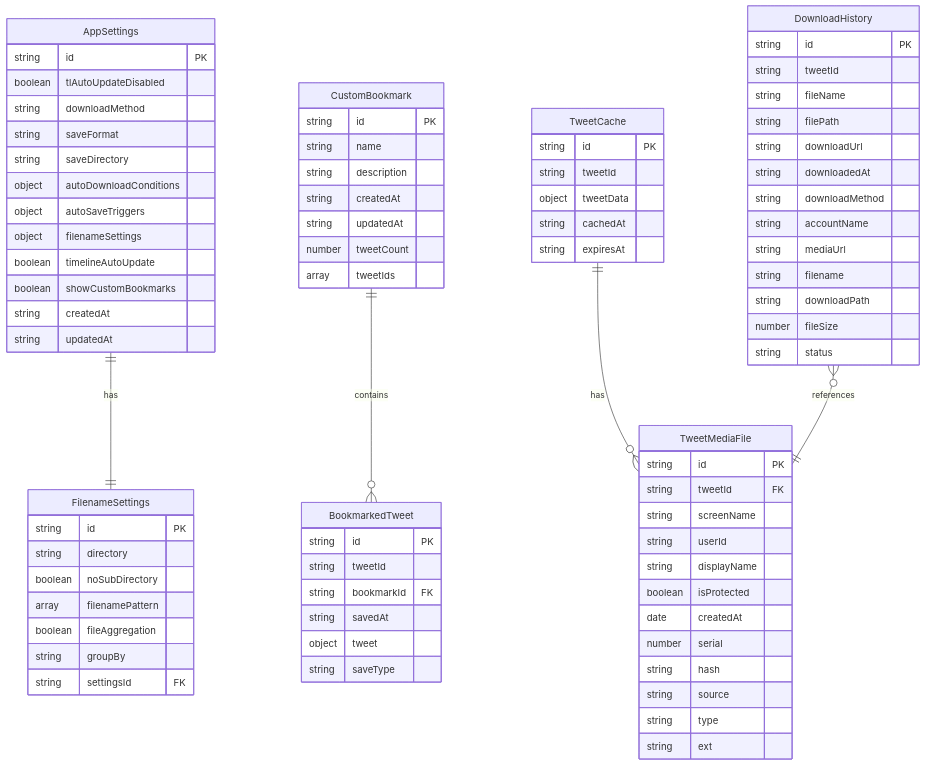
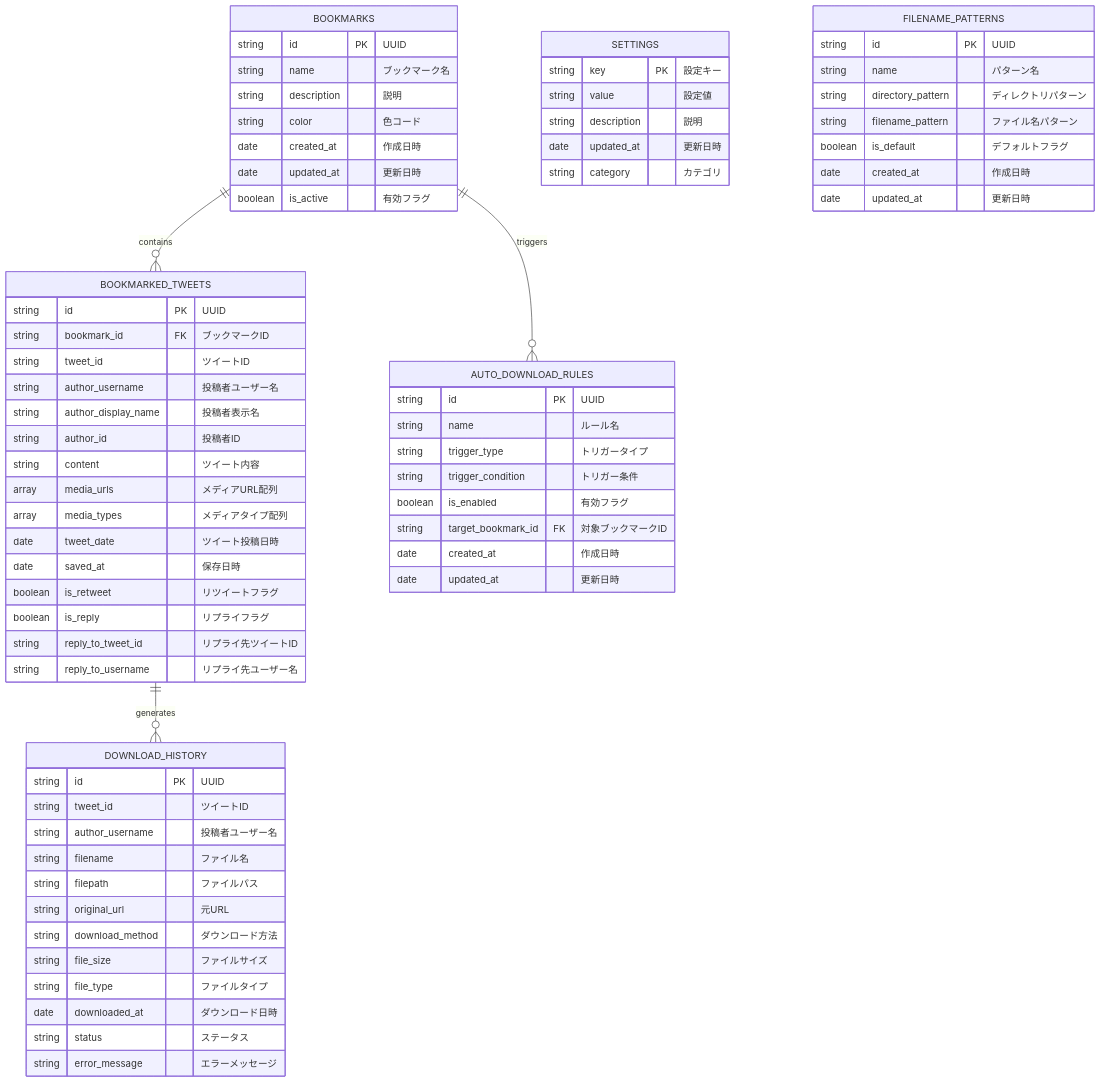
One commit to Hutaba-Makura/Comiketter changed the first of 2 diagrams in docs/er-diagram.md. Above: the diagram before and after it, drawn with Mermaid. The commit also changed other lines of this file and 5 other files, not shown here.

Commit message:
feat: データフロー図とER図を更新し、全体のデータフローとデータベース設計を明確化しました。また、実装環境ドキュメントを整備し、プロジェクト構造を詳細に記述しました。

````diff
--- a/docs/er-diagram.md
+++ b/docs/er-diagram.md
@@ -8,97 +5,78 @@
 ```mermaid
 erDiagram
-    %% 設定関連
-    AppSettings {
-        string id PK
-        boolean tlAutoUpdateDisabled
-        string downloadMethod
-        string saveFormat
-        string saveDirectory
-        object autoDownloadConditions
-        object autoSaveTriggers
-        object filenameSettings
-        boolean timelineAutoUpdate
-        boolean showCustomBookmarks
-        string createdAt
-        string updatedAt
+    BOOKMARKS {
+        string id PK "UUID"
+        string name "ブックマーク名"
+        string description "説明"
+        string color "色コード"
+        date created_at "作成日時"
+        date updated_at "更新日時"
+        boolean is_active "有効フラグ"
     }
-
-    %% ファイル名設定関連
-    FilenameSettings {
-        string id PK
-        string directory
-        boolean noSubDirectory
-        array filenamePattern
-        boolean fileAggregation
-        string groupBy
-        string settingsId FK
+    
+    BOOKMARKED_TWEETS {
+        string id PK "UUID"
+        string bookmark_id FK "ブックマークID"
+        string tweet_id "ツイートID"
+        string author_username "投稿者ユーザー名"
+        string author_display_name "投稿者表示名"
+        string author_id "投稿者ID"
+        string content "ツイート内容"
+        array media_urls "メディアURL配列"
+        array media_types "メディアタイプ配列"
+        date tweet_date "ツイート投稿日時"
+        date saved_at "保存日時"
+        boolean is_retweet "リツイートフラグ"
+        boolean is_reply "リプライフラグ"
+        string reply_to_tweet_id "リプライ先ツイートID"
+        string reply_to_username "リプライ先ユーザー名"
     }
-
-    %% カスタムブックマーク関連
-    CustomBookmark {
-        string id PK
-        string name
-        string description
-        string createdAt
-        string updatedAt
-        number tweetCount
-        array tweetIds
+    
+    DOWNLOAD_HISTORY {
+        string id PK "UUID"
+        string tweet_id "ツイートID"
+        string author_username "投稿者ユーザー名"
+        string filename "ファイル名"
+        string filepath "ファイルパス"
+        string original_url "元URL"
+        string download_method "ダウンロード方法"
+        string file_size "ファイルサイズ"
+        string file_type "ファイルタイプ"
+        date downloaded_at "ダウンロード日時"
+        string status "ステータス"
+        string error_message "エラーメッセージ"
     }
-
-    BookmarkedTweet {
-        string id PK
-        string tweetId
-        string bookmarkId FK
-        string savedAt
-        object tweet
-        string saveType
+    
+    SETTINGS {
+        string key PK "設定キー"
+        string value "設定値"
+        string description "説明"
+        date updated_at "更新日時"
+        string category "カテゴリ"
     }
-
-    %% ダウンロード履歴関連
-    DownloadHistory {
-        string id PK
-        string tweetId
-        string fileName
-        string filePath
-        string downloadUrl
-        string downloadedAt
-        string downloadMethod
-        string accountName
-        string mediaUrl
-        string filename
-        string downloadPath
-        number fileSize
-        string status
+    
+    FILENAME_PATTERNS {
+        string id PK "UUID"
+        string name "パターン名"
+        string directory_pattern "ディレクトリパターン"
+        string filename_pattern "ファイル名パターン"
+        boolean is_default "デフォルトフラグ"
+        date created_at "作成日時"
+        date updated_at "更新日時"
     }
-
-    %% ツイート関連（キャッシュ）
-    TweetCache {
-        string id PK
-        string tweetId
-        object tweetData
-        string cachedAt
-        string expiresAt
+    
+    AUTO_DOWNLOAD_RULES {
+        string id PK "UUID"
+        string name "ルール名"
+        string trigger_type "トリガータイプ"
+        string trigger_condition "トリガー条件"
+        boolean is_enabled "有効フラグ"
+        string target_bookmark_id FK "対象ブックマークID"
+        date created_at "作成日時"
+        date updated_at "更新日時"
     }
-
-    %% メディアファイル関連
-    TweetMediaFile {
-        string id PK
-        string tweetId FK
-        string screenName
-        string userId
-        string displayName
-        boolean isProtected
-        date createdAt
-        number serial
-        string hash
-        string source
-        string type
-        string ext
-    }
-
-    %% 関係性
-    AppSettings ||--|| FilenameSettings : "has"
-    CustomBookmark ||--o{ BookmarkedTweet : "contains"
-    TweetCache ||--o{ TweetMediaFile : "has"
-    DownloadHistory }o--|| TweetMediaFile : "references"
+    
+    BOOKMARKS ||--o{ BOOKMARKED_TWEETS : "contains"
+    BOOKMARKS ||--o{ AUTO_DOWNLOAD_RULES : "triggers"
+    BOOKMARKED_TWEETS ||--o{ DOWNLOAD_HISTORY : "generates"
 ```
````
